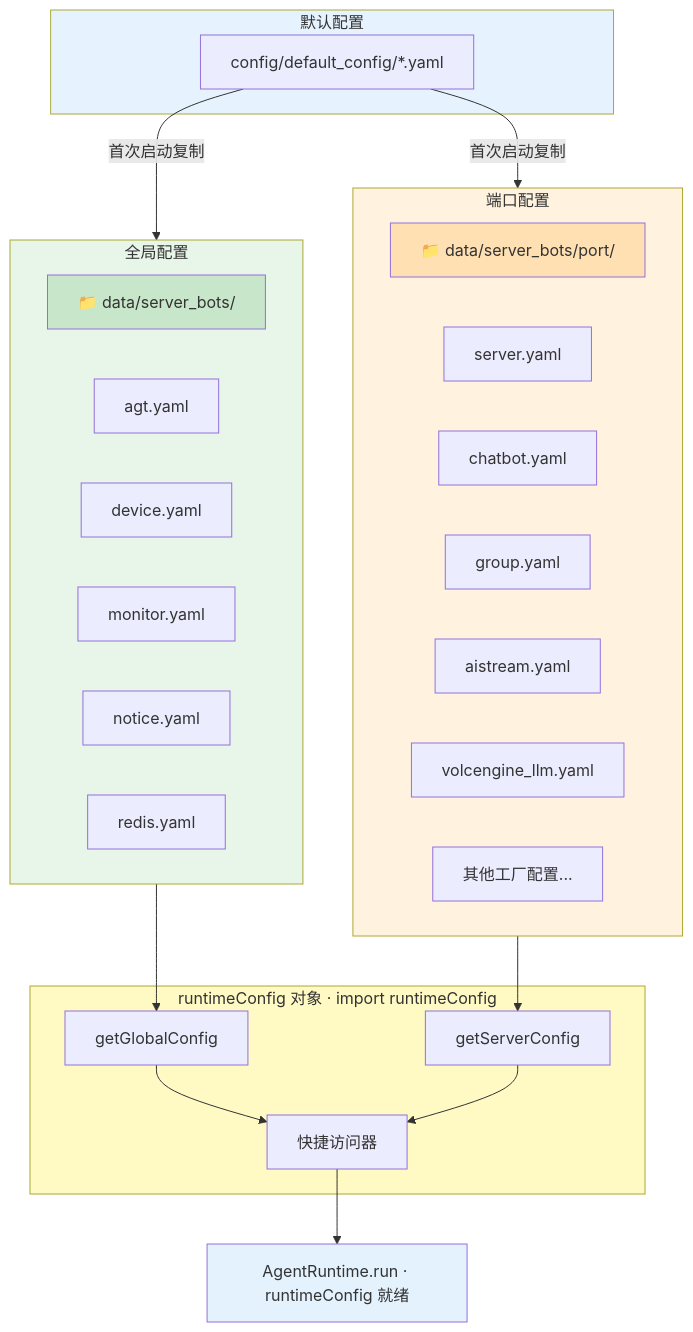
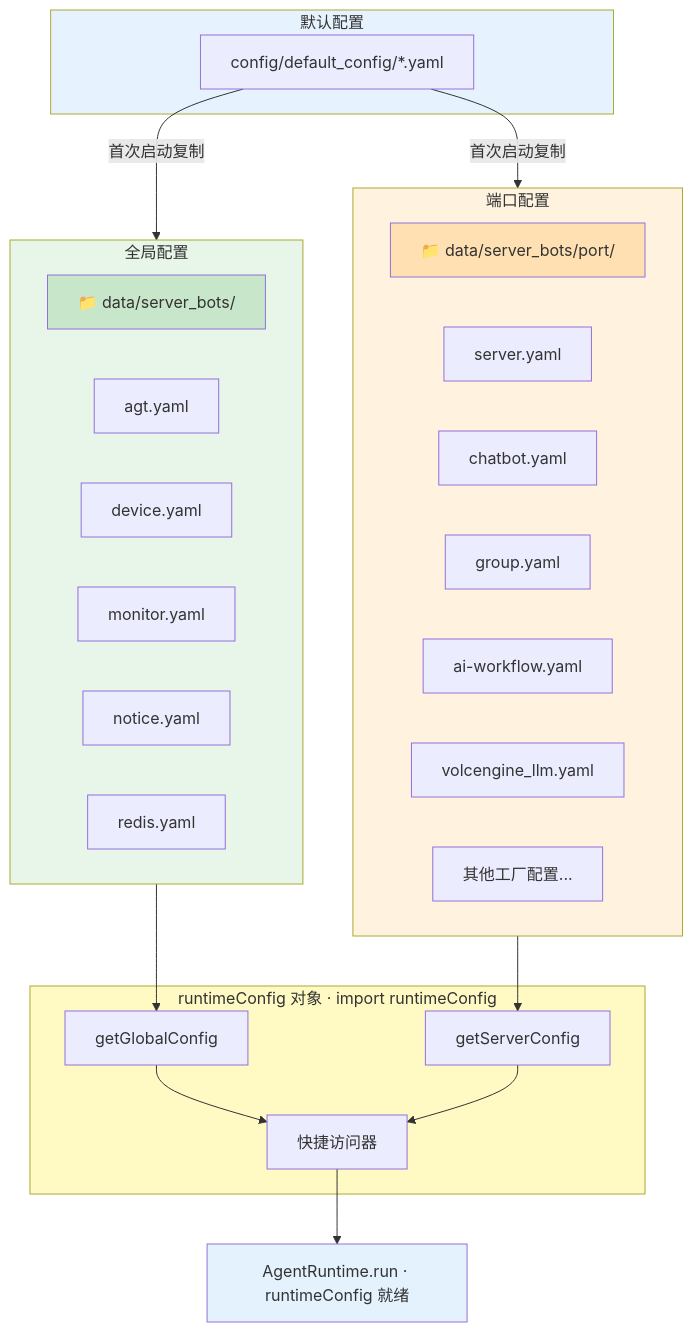
One commit to sunflowermm/XRK-AGT changed the first of 8 diagrams in docs/app-dev.md. Above: the diagram before and after it, drawn with Mermaid. The commit also changed other lines of this file and 236 other files, not shown here.

Commit message:
1）refactor: aistream/stream 硬切为 ai-workflow/workflow，统一 Runtime 与 Core 命名契约 2）refactor: 将 crawl 与通用工具下沉 src，使 system-Core 成为可复制的薄参考 Core 3）refactor: 修正部分底层谬误 [✏️ 151 修改, 🗑️ 5 删除] +1502 -1599 行

````diff
--- a/docs/app-dev.md
+++ b/docs/app-dev.md
@@ -33,47 +33,47 @@
 ```mermaid
 flowchart TB
     subgraph Default["默认配置"]
         D1["config/default_config/*.yaml"]
     end
 
     subgraph Global["全局配置"]
         pathG["📁 data/server_bots/"]
         G1["agt.yaml"]
         G2["device.yaml"]
         G3["monitor.yaml"]
         G4["notice.yaml"]
         G5["redis.yaml"]
     end
 
     subgraph Server["端口配置"]
         pathS["📁 data/server_bots/port/"]
         S1["server.yaml"]
         S2["chatbot.yaml"]
         S3["group.yaml"]
-        S4["aistream.yaml"]
+        S4["ai-workflow.yaml"]
         S5["volcengine_llm.yaml"]
         S6["其他工厂配置..."]
     end
 
     subgraph Cfg["runtimeConfig 对象 · import runtimeConfig"]
         C1["getGlobalConfig"]
         C2["getServerConfig"]
         C3["快捷访问器"]
     end
 
     D1 -->|首次启动复制| Global
     D1 -->|首次启动复制| Server
     Global --> C1
     Server --> C2
     C1 --> C3
     C2 --> C3
     C3 --> AgentRuntime["AgentRuntime.run · runtimeConfig 就绪"]
 
     style Default fill:#E6F3FF
     style Global fill:#E8F5E9
     style Server fill:#FFF3E0
     style Cfg fill:#FFF9C4
     style AgentRuntime fill:#E3F2FD
     style pathG fill:#C8E6C9
     style pathS fill:#FFE0B2
 ```
````
